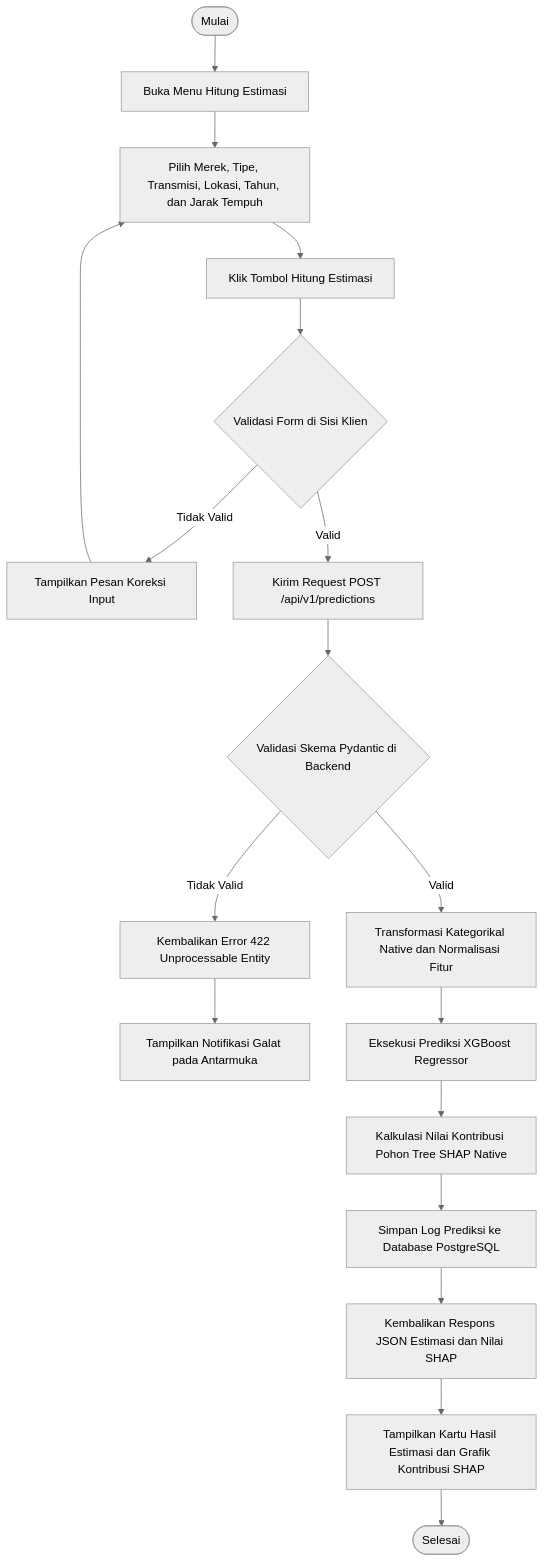
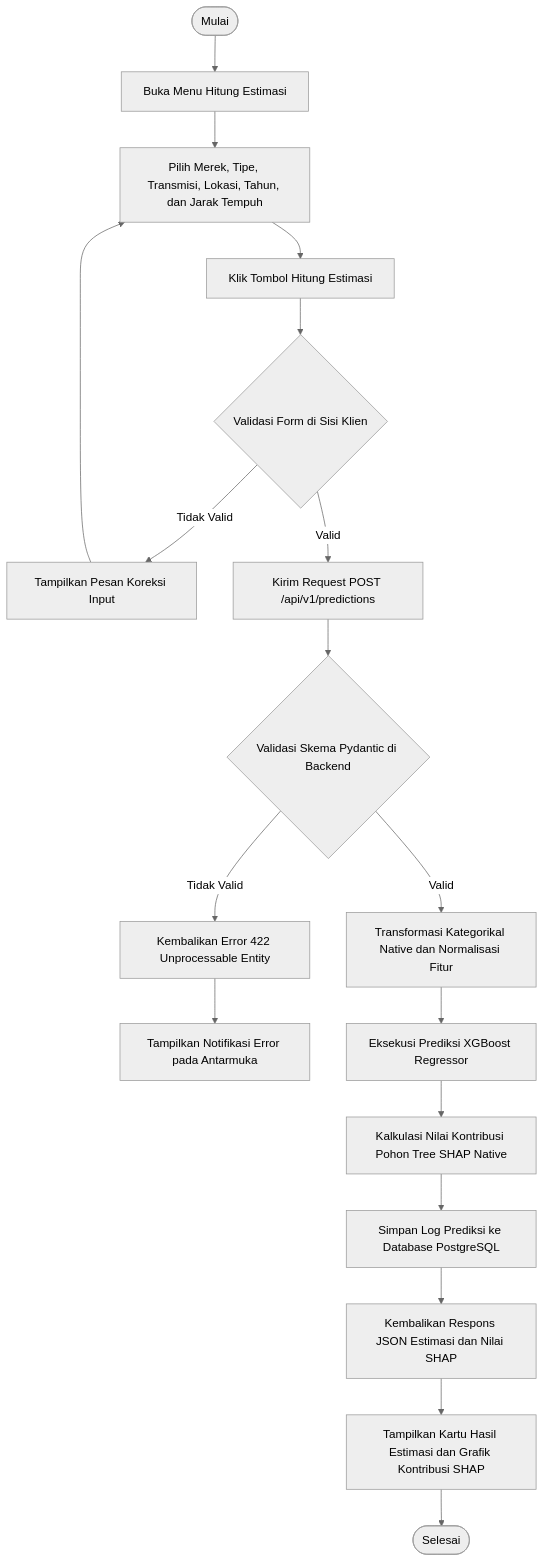
Before and after one commit to RistoKuy/XAI_Car_CP: the eighth of 13 diagrams in README.md, drawn with Mermaid (neutral theme).

Commit message:
docs(diagram): standardize error notification terminology in prediction flow
Standardize Indonesian technical terminology within the prediction activity flowchart diagram in README.md.

Files Modified:
- README.md: Updated flowchart node label at line 1009 from 'Galat' to 'Error'.

Specific Content Updates:
- Replaced 'Tampilkan Notifikasi Galat pada Antarmuka' with 'Tampilkan Notifikasi Error pada Antarmuka' in the validation failure branch (HTTP 422 Unprocessable Entity) of the prediction pipeline Mermaid diagram (Section 4.2.2).

Architectural Rationale:
Ensures consistent terminology across user interface documentation, API schema error responses, and Mermaid sequence/activity flowcharts without mixing informal colloquial translations.

````diff
--- a/README.md
+++ b/README.md
@@ -998,20 +998,20 @@
 ```mermaid
 flowchart TD
     StartUser([Mulai]) --> OpenPage[Buka Menu Hitung Estimasi]
     OpenPage --> InputData[Pilih Merek, Tipe, Transmisi, Lokasi, Tahun, dan Jarak Tempuh]
     InputData --> SubmitForm[Klik Tombol Hitung Estimasi]
     SubmitForm --> ValidateClient{Validasi Form di Sisi Klien}
     ValidateClient -- Tidak Valid --> ShowClientError[Tampilkan Pesan Koreksi Input]
     ShowClientError --> InputData
     ValidateClient -- Valid --> SendAPI[Kirim Request POST /api/v1/predictions]
     SendAPI --> ValidateServer{Validasi Skema Pydantic di Backend}
     ValidateServer -- Tidak Valid --> Return422[Kembalikan Error 422 Unprocessable Entity]
-    Return422 --> ShowUIError[Tampilkan Notifikasi Galat pada Antarmuka]
+    Return422 --> ShowUIError[Tampilkan Notifikasi Error pada Antarmuka]
     ValidateServer -- Valid --> Preprocess[Transformasi Kategorikal Native dan Normalisasi Fitur]
     Preprocess --> PredictXGB[Eksekusi Prediksi XGBoost Regressor]
     PredictXGB --> CalcSHAP[Kalkulasi Nilai Kontribusi Pohon Tree SHAP Native]
     CalcSHAP --> LogDB[Simpan Log Prediksi ke Database PostgreSQL]
     LogDB --> ReturnJSON[Kembalikan Respons JSON Estimasi dan Nilai SHAP]
     ReturnJSON --> RenderUI[Tampilkan Kartu Hasil Estimasi dan Grafik Kontribusi SHAP]
     RenderUI --> EndUser([Selesai])
 ```
````
